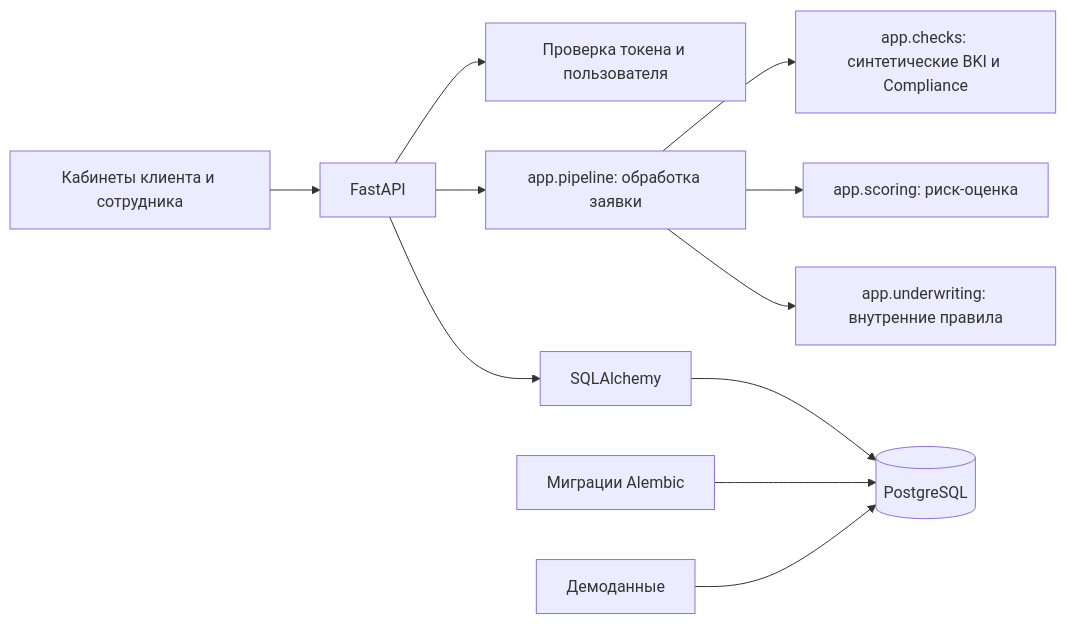
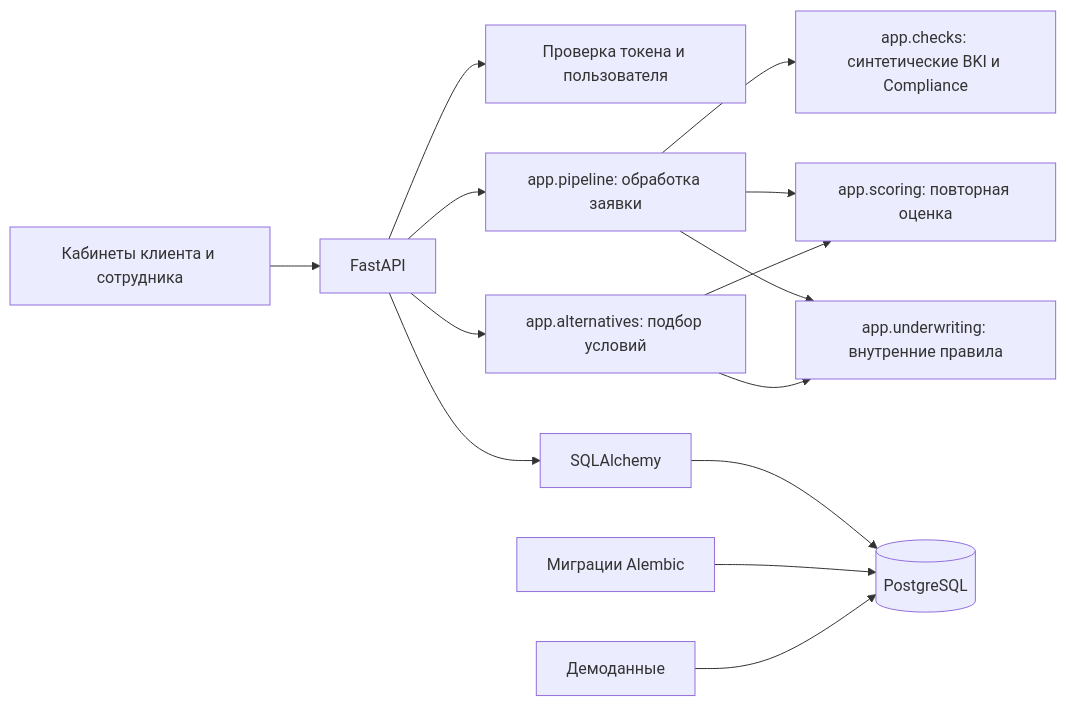
The first of 2 diagrams in backend/docs/architecture.md (ttsbtw/McDonald_AlfaHackathon), drawn with Mermaid before and after one commit. The commit also changed other lines of this file and 2 other files, not shown here.

Commit message:
docs: describe alternative conditions flow

````diff
--- a/backend/docs/architecture.md
+++ b/backend/docs/architecture.md
@@ -3,13 +3,16 @@
 ```mermaid
 flowchart LR
     Browser[Кабинеты клиента и сотрудника] --> API[FastAPI]
     API --> Auth[Проверка токена и пользователя]
     API --> Pipeline[app.pipeline: обработка заявки]
     Pipeline --> Checks[app.checks: синтетические BKI и Compliance]
     Pipeline --> Scoring[app.scoring: риск-оценка]
     Pipeline --> UW[app.underwriting: внутренние правила]
+    API --> Alternatives[app.alternatives: подбор условий]
+    Alternatives --> Scoring[app.scoring: повторная оценка]
+    Alternatives --> UW
     API --> ORM[SQLAlchemy]
     ORM --> PG[(PostgreSQL)]
     Alembic[Миграции Alembic] --> PG
     Seed[Демоданные] --> PG
 ```
````
